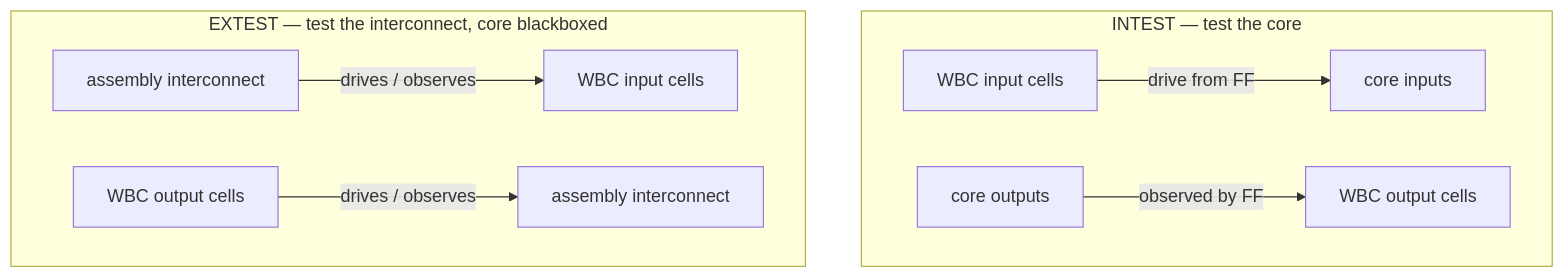
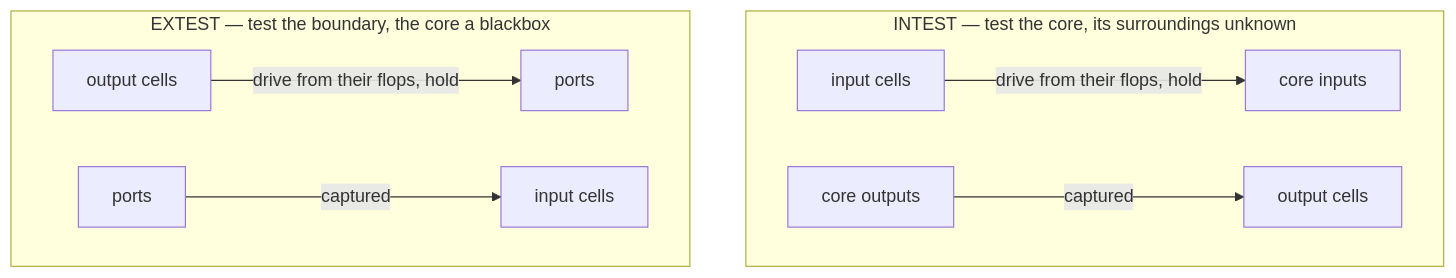
Before and after one commit to ranaumarnadeem/faultflow: the fourth of 5 diagrams in docs/architecture/overview.md, drawn with Mermaid. The commit also changed other lines of this file and 66 other files, not shown here.

````diff
--- a/docs/architecture/overview.md
+++ b/docs/architecture/overview.md
@@ -131,13 +134,13 @@
 ```mermaid
 flowchart TD
-    subgraph INTEST["INTEST — test the core"]
+    subgraph INTEST["INTEST — test the core, its surroundings unknown"]
         direction LR
-        I1[WBC input cells] -->|drive from FF| I2[core inputs]
-        I3[core outputs] -->|observed by FF| I4[WBC output cells]
+        I1[input cells] -->|drive from their flops, hold| I2[core inputs]
+        I3[core outputs] -->|captured| I4[output cells]
     end
-    subgraph EXTEST["EXTEST — test the interconnect, core blackboxed"]
+    subgraph EXTEST["EXTEST — test the boundary, the core a blackbox"]
         direction LR
-        E1[assembly interconnect] -->|drives / observes| E2[WBC input cells]
-        E3[WBC output cells] -->|drives / observes| E4[assembly interconnect]
+        E1[output cells] -->|drive from their flops, hold| E2[ports]
+        E3[ports] -->|captured| E4[input cells]
     end
 ```
````
